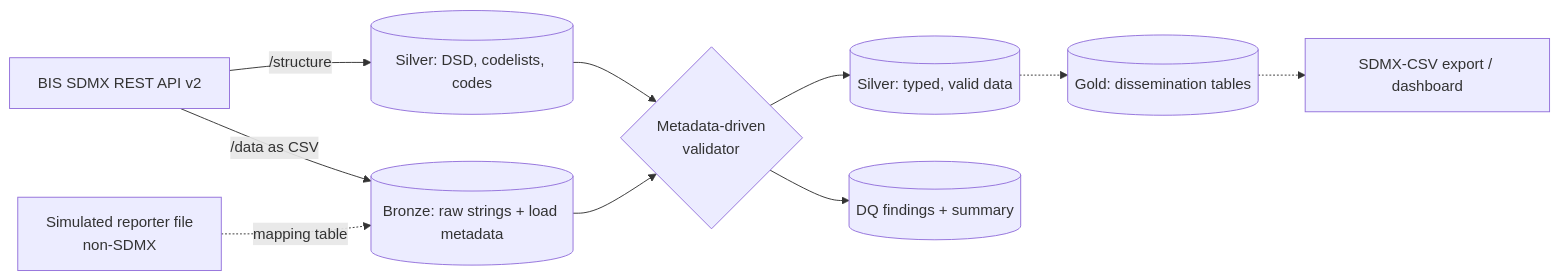
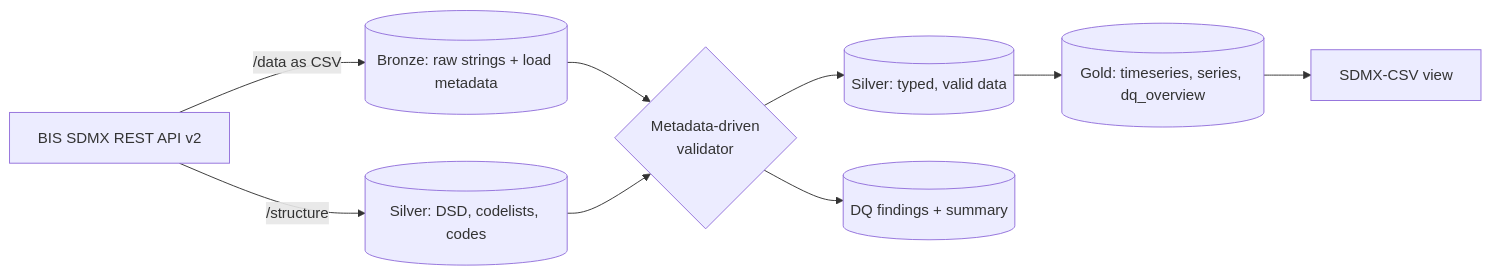
Before and after one commit to nik-0813/sdmx-lakehouse-demo: the diagram in README.md, drawn with Mermaid. The commit also changed other lines of this file and 27 other files, not shown here.

````diff
--- a/README.md
+++ b/README.md
@@ -31,13 +41,12 @@
 ```mermaid
 flowchart LR
   API[BIS SDMX REST API v2]
   API -->|/structure| META[(Silver: DSD, codelists, codes)]
   API -->|/data as CSV| BRZ[(Bronze: raw strings + load metadata)]
-  REP[Simulated reporter file<br/>non-SDMX] -.->|mapping table| BRZ
   BRZ --> VAL{Metadata-driven<br/>validator}
   META --> VAL
   VAL --> SLV[(Silver: typed, valid data)]
   VAL --> DQ[(DQ findings + summary)]
-  SLV -.-> GLD[(Gold: dissemination tables)]
-  GLD -.-> OUT[SDMX-CSV export / dashboard]
+  SLV --> GLD[(Gold: timeseries, series, dq_overview)]
+  GLD --> OUT[SDMX-CSV view]
 ```
````
